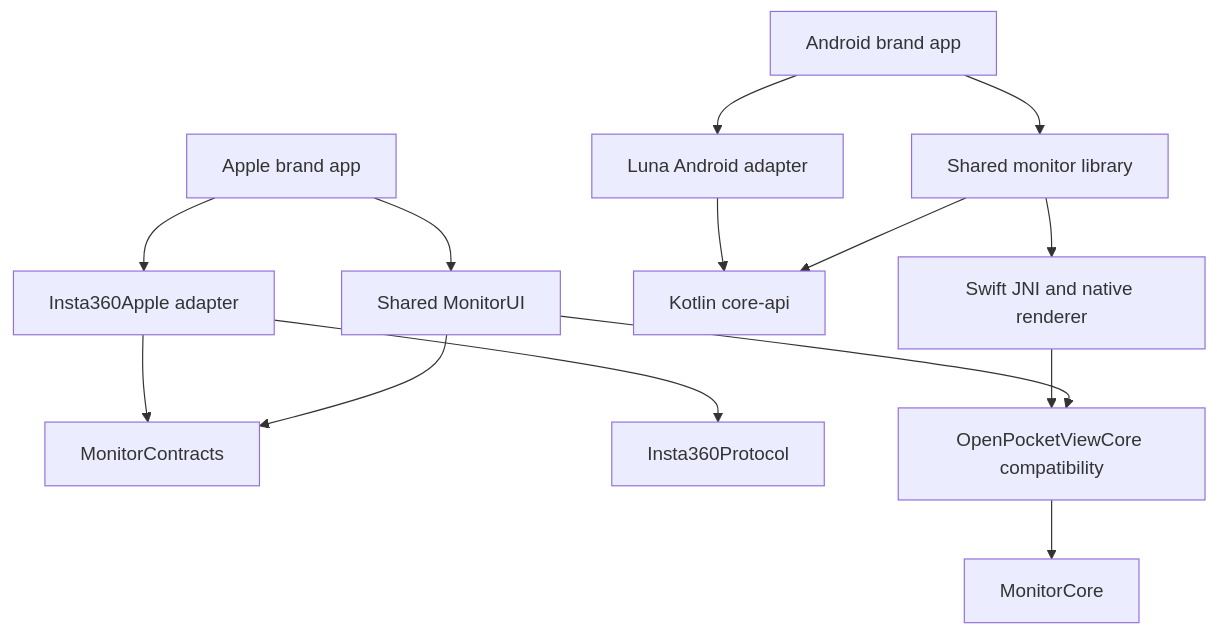
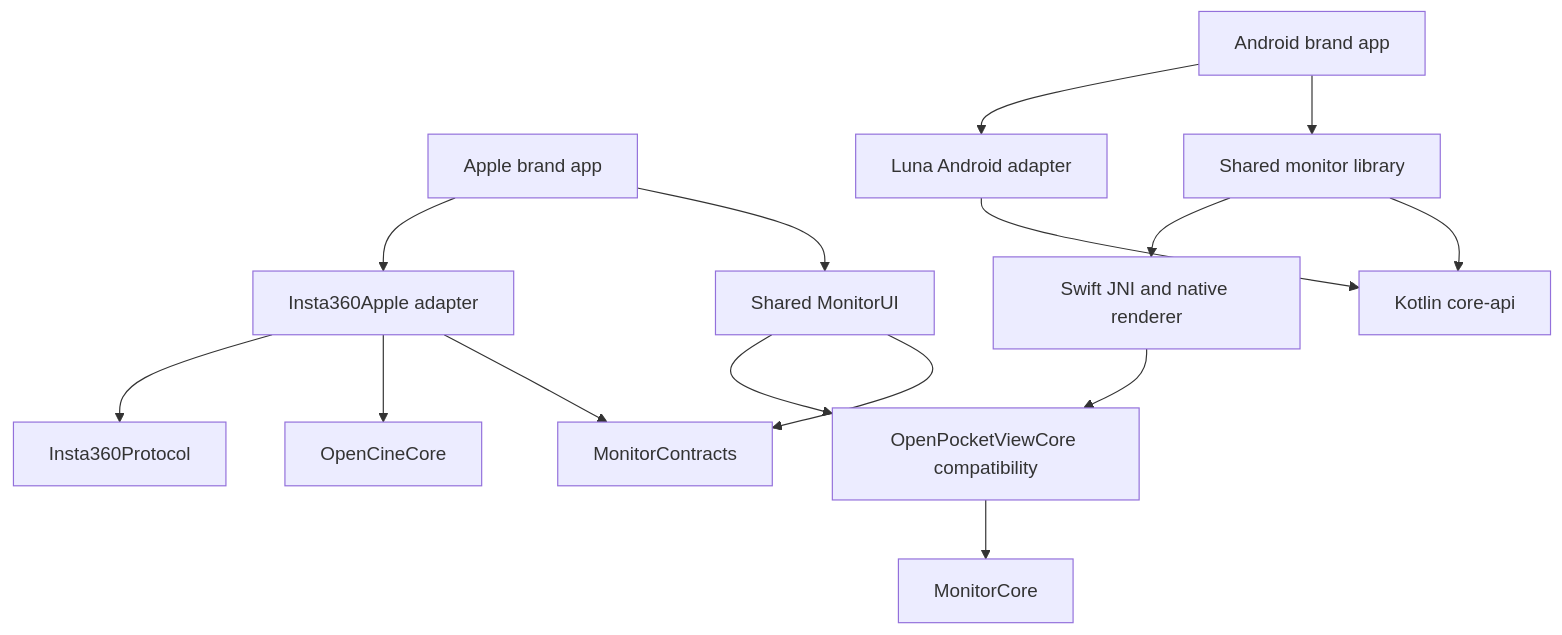
The diagram in docs/implementation/architecture.md (erik-sutton95/OpenInstaCine), drawn with Mermaid before and after one commit. The commit also changed other lines of this file and 2 other files, not shown here.

````diff
--- a/docs/implementation/architecture.md
+++ b/docs/implementation/architecture.md
@@ -32,16 +32,17 @@
 ```mermaid
 flowchart TD
     Apple[Apple brand app] --> UI[Shared MonitorUI]
     Apple --> LunaApple[Insta360Apple adapter]
     UI --> Contracts[MonitorContracts]
     LunaApple --> Contracts
+    LunaApple --> OCCore[OpenCineCore]
     LunaApple --> Protocol[Insta360Protocol]
     UI --> Compat[OpenPocketViewCore compatibility]
     Compat --> Core[MonitorCore]
     Android[Android brand app] --> Compose[Shared monitor library]
     Android --> LunaAndroid[Luna Android adapter]
     Compose --> API[Kotlin core-api]
     LunaAndroid --> API
     Compose --> JNI[Swift JNI and native renderer]
     JNI --> Compat
 ```
````
